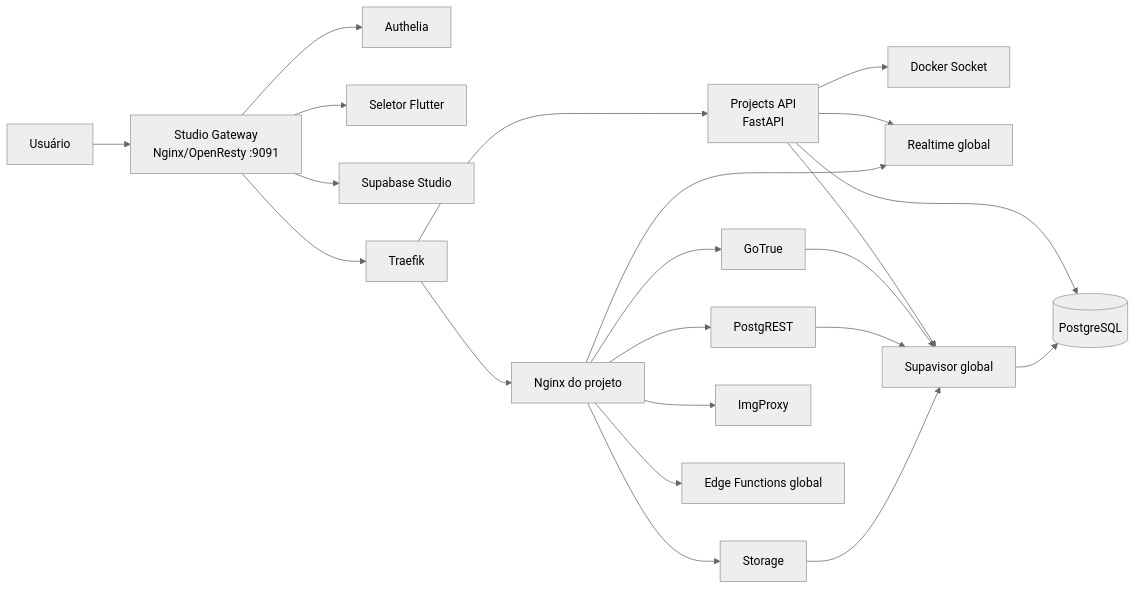
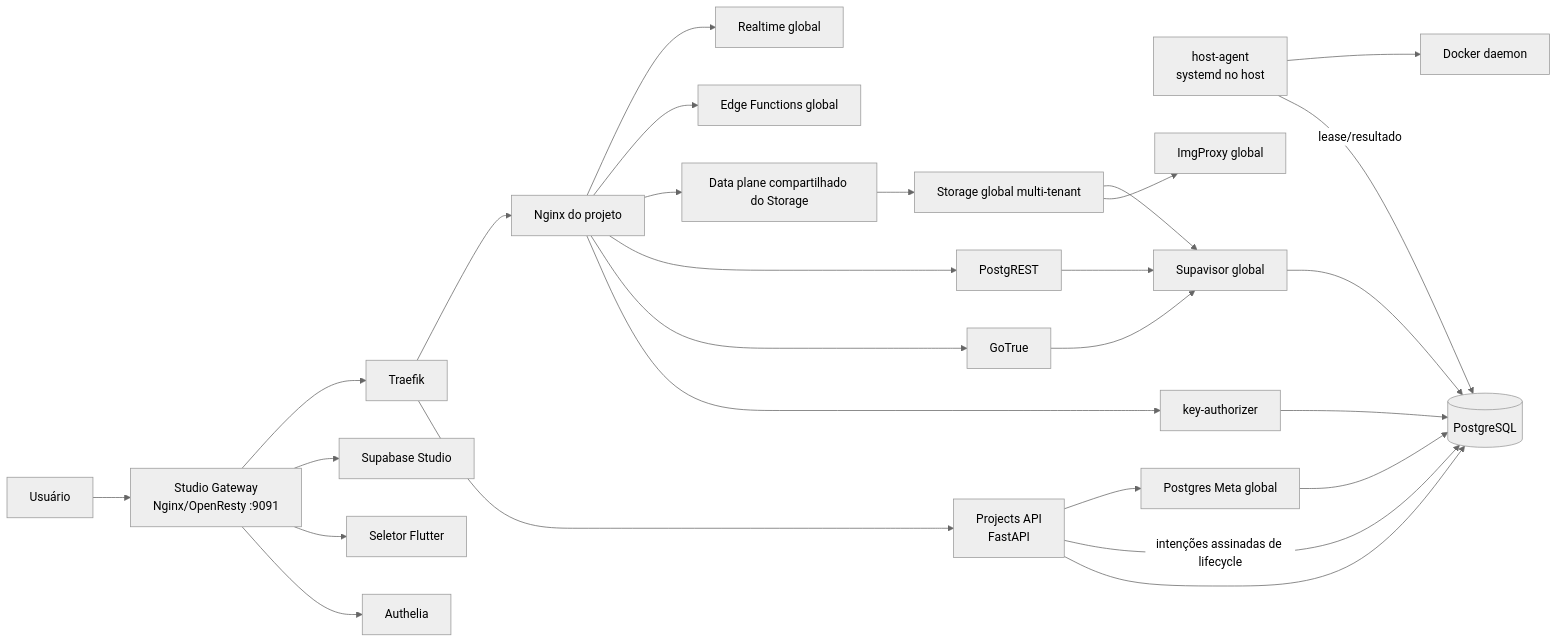
The diagram in LEIAME.md (GustavoMartins123/supabase-multitenant), drawn with Mermaid (neutral theme) before and after one commit. The commit also changed other lines of this file, not shown here.

````diff
--- a/LEIAME.md
+++ b/LEIAME.md
@@ -42,28 +39,34 @@
 ```mermaid
 flowchart LR
     User[Usuário] --> StudioGateway[Studio Gateway\nNginx/OpenResty :9091]
     StudioGateway --> Authelia[Authelia]
     StudioGateway --> Flutter[Seletor Flutter]
     StudioGateway --> Studio[Supabase Studio]
 
     StudioGateway --> Traefik[Traefik]
     Traefik --> ProjectsAPI[Projects API\nFastAPI]
     Traefik --> TenantGateway[Nginx do projeto]
 
     ProjectsAPI --> PostgreSQL[(PostgreSQL)]
-    ProjectsAPI --> Docker[Docker Socket]
-    ProjectsAPI --> Realtime[Realtime global]
-    ProjectsAPI --> Supavisor[Supavisor global]
+    ProjectsAPI -->|intenções assinadas de lifecycle| PostgreSQL
+    HostAgent[host-agent\nsystemd no host] -->|lease/resultado| PostgreSQL
+    HostAgent --> Docker[Docker daemon]
 
+    TenantGateway --> KeyAuthorizer[key-authorizer]
+    KeyAuthorizer --> PostgreSQL
     TenantGateway --> Auth[GoTrue]
     TenantGateway --> Rest[PostgREST]
-    TenantGateway --> Storage[Storage]
-    TenantGateway --> ImgProxy[ImgProxy]
+    TenantGateway --> StorageDataPlane[Data plane compartilhado do Storage]
+    StorageDataPlane --> Storage[Storage global multi-tenant]
+    Storage --> ImgProxy[ImgProxy global]
     TenantGateway --> Functions[Edge Functions global]
-    TenantGateway --> Realtime
+    TenantGateway --> Realtime[Realtime global]
 
-    Auth --> Supavisor
+    Auth --> Supavisor[Supavisor global]
     Rest --> Supavisor
     Storage --> Supavisor
     Supavisor --> PostgreSQL
+
+    ProjectsAPI --> PostgresMeta[Postgres Meta global]
+    PostgresMeta --> PostgreSQL
 ```
````
